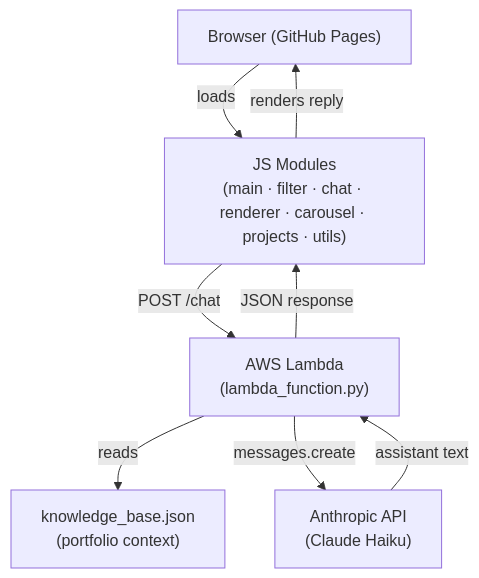
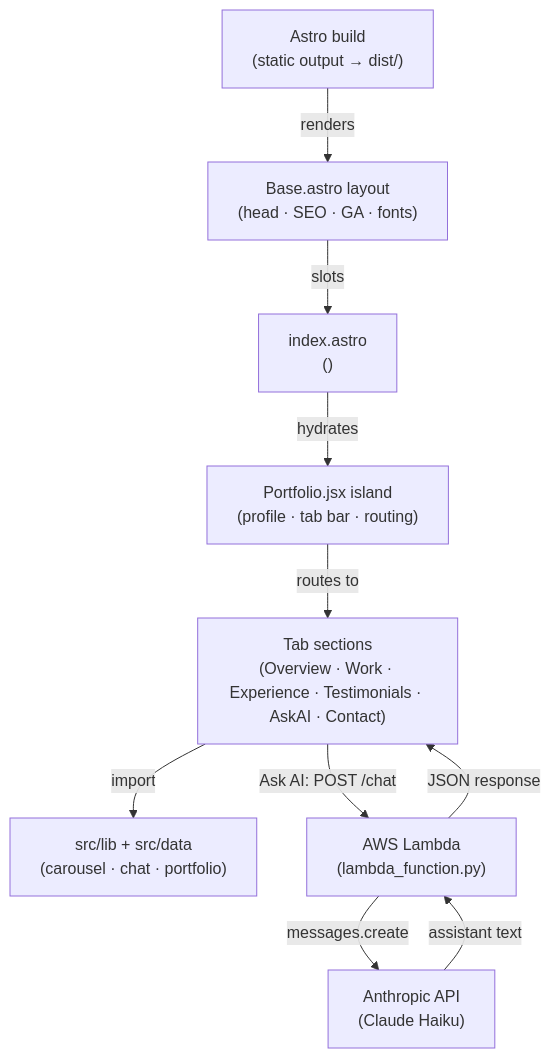
Before and after one commit to cdcoonce/Portfolio_Website: the first of 2 diagrams in wiki/Architecture.md, drawn with Mermaid. The commit also changed other lines of this file and 39 other files, not shown here.

First line of the commit message:
docs: rebuild wiki for the Astro architecture; remove retired vanilla source

````diff
--- a/wiki/Architecture.md
+++ b/wiki/Architecture.md
@@ -10,16 +10,21 @@
 ```mermaid
 graph TD
-    Browser["Browser (GitHub Pages)"]
-    JSModules["JS Modules\n(main · filter · chat · renderer · carousel · projects · utils)"]
+    Astro["Astro build\n(static output → dist/)"]
+    Base["Base.astro layout\n(head · SEO · GA · fonts)"]
+    IndexPage["index.astro\n(<Portfolio client:load />)"]
+    Portfolio["Portfolio.jsx island\n(profile · tab bar · routing)"]
+    Tabs["Tab sections\n(Overview · Work · Experience · Testimonials · AskAI · Contact)"]
+    Lib["src/lib + src/data\n(carousel · chat · portfolio)"]
     Lambda["AWS Lambda\n(lambda_function.py)"]
     AnthropicAPI["Anthropic API\n(Claude Haiku)"]
-    KnowledgeBase["knowledge_base.json\n(portfolio context)"]
 
-    Browser -->|loads| JSModules
-    JSModules -->|POST /chat| Lambda
-    Lambda -->|reads| KnowledgeBase
+    Astro -->|renders| Base
+    Base -->|slots| IndexPage
+    IndexPage -->|hydrates| Portfolio
+    Portfolio -->|routes to| Tabs
+    Tabs -->|import| Lib
+    Tabs -->|Ask AI: POST /chat| Lambda
     Lambda -->|messages.create| AnthropicAPI
     AnthropicAPI -->|assistant text| Lambda
-    Lambda -->|JSON response| JSModules
-    JSModules -->|renders reply| Browser
+    Lambda -->|JSON response| Tabs
 ```
````
